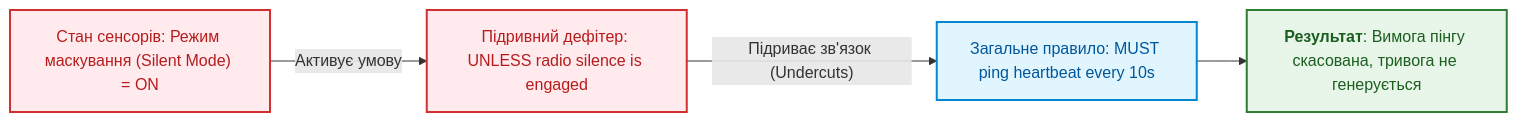
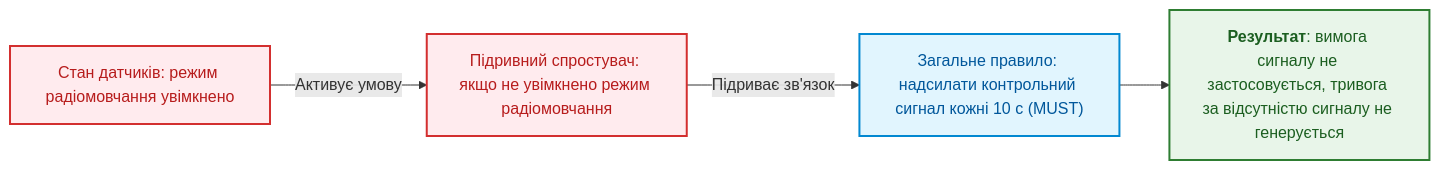
One commit to nick-fedchik/articles changed the fourth of 5 diagrams in ExpertSystem/ch31-syllogistic-reasoning-and-relation-lattices.md. Above: the diagram before and after it, drawn with Mermaid. The commit also changed other lines of this file and 43 other files, not shown here.

````diff
--- a/ExpertSystem/ch31-syllogistic-reasoning-and-relation-lattices.md
+++ b/ExpertSystem/ch31-syllogistic-reasoning-and-relation-lattices.md
@@ -386,21 +386,21 @@
 ```mermaid
 flowchart LR
-    accTitle: Схема активації підривного дефітера
+    accTitle: Схема активації підривного спростувача
     accDescr: Умова винятку нейтралізує зв'язок між правилом і обов'язком дії.
 
-    RULE["Загальне правило: MUST ping heartbeat every 10s"]
-    DEF["Підривний дефітер: UNLESS radio silence is engaged"]
-    ENV["Стан сенсорів: Режим маскування (Silent Mode) = ON"]
+    RULE["Загальне правило: надсилати контрольний сигнал кожні 10 с (MUST)"]
+    DEF["Підривний спростувач: якщо не увімкнено режим радіомовчання"]
+    ENV["Стан датчиків: режим радіомовчання увімкнено"]
 
     ENV -->|"Активує умову"| DEF
-    DEF -->|"Підриває зв'язок (Undercuts)"| RULE
-    RULE --> RES["<b>Результат</b>: Вимога пінгу скасована, тривога не генерується"]
+    DEF -->|"Підриває зв'язок"| RULE
+    RULE --> RES["<b>Результат</b>: вимога сигналу не застосовується, тривога за відсутністю сигналу не генерується"]
 
     classDef r fill:#e1f5fe,stroke:#0288d1,stroke-width:2px,color:#01579b;
     classDef d fill:#ffebee,stroke:#d32f2f,stroke-width:2px,color:#b71c1c;
     classDef res fill:#e8f5e9,stroke:#2e7d32,stroke-width:2px,color:#1b5e20;
 
     class RULE r;
     class DEF,ENV d;
     class RES res;
 ```
````
